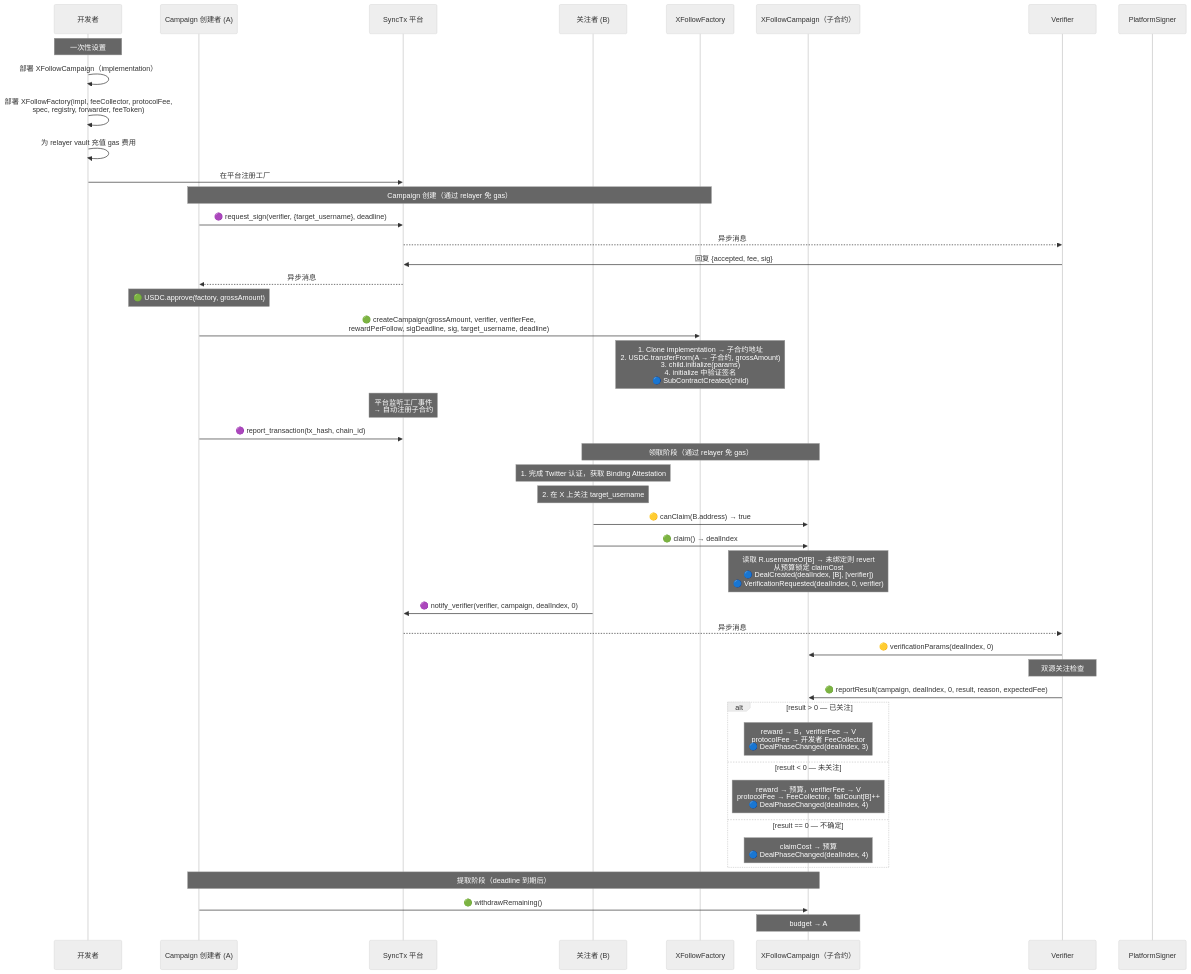
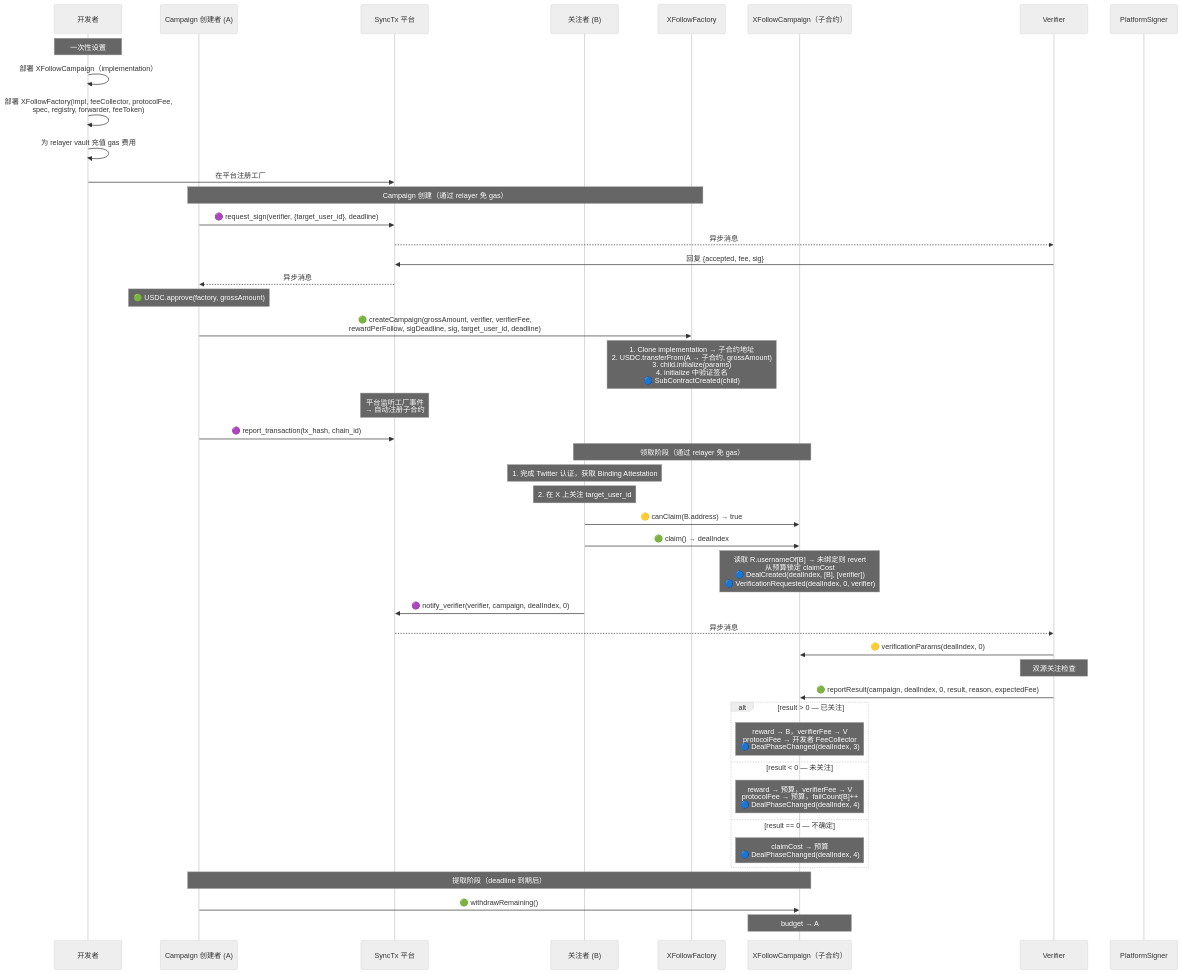
The first of 2 diagrams in examples/x-follow/x-follow-design-zh.md (synctxai/synctx), drawn with Mermaid (neutral theme) before and after one commit. The commit also changed other lines of this file and 5 other files, not shown here.

First line of the commit message:
feat: split XFollowDealContract into Factory + Campaign (EIP-1167 clone)

````diff
--- a/examples/x-follow/x-follow-design-zh.md
+++ b/examples/x-follow/x-follow-design-zh.md
@@ -218,58 +220,58 @@
 ```mermaid
 sequenceDiagram
     participant Dev as 开发者
     participant A as Campaign 创建者 (A)
     participant P as SyncTx 平台
     participant B as 关注者 (B)
     participant Fac as XFollowFactory
     participant C as XFollowCampaign（子合约）
     participant V as Verifier
     participant PS as PlatformSigner
 
     Note over Dev: 一次性设置
     Dev->>Dev: 部署 XFollowCampaign（implementation）
     Dev->>Dev: 部署 XFollowFactory(impl, feeCollector, protocolFee,<br/>spec, registry, forwarder, feeToken)
     Dev->>Dev: 为 relayer vault 充值 gas 费用
     Dev->>P: 在平台注册工厂
 
     Note over A,Fac: Campaign 创建（通过 relayer 免 gas）
 
-    A->>P: 🟣 request_sign(verifier, {target_username}, deadline)
+    A->>P: 🟣 request_sign(verifier, {target_user_id}, deadline)
     P-->>V: 异步消息
     V->>P: 回复 {accepted, fee, sig}
     P-->>A: 异步消息
 
     Note over A: 🟢 USDC.approve(factory, grossAmount)
-    A->>Fac: 🟢 createCampaign(grossAmount, verifier, verifierFee,<br/>rewardPerFollow, sigDeadline, sig, target_username, deadline)
+    A->>Fac: 🟢 createCampaign(grossAmount, verifier, verifierFee,<br/>rewardPerFollow, sigDeadline, sig, target_user_id, deadline)
     Note over Fac: 1. Clone implementation → 子合约地址<br/>2. USDC.transferFrom(A → 子合约, grossAmount)<br/>3. child.initialize(params)<br/>4. initialize 中验证签名<br/>🔵 SubContractCreated(child)
     Note over P: 平台监听工厂事件<br/>→ 自动注册子合约
     A->>P: 🟣 report_transaction(tx_hash, chain_id)
 
     Note over B,C: 领取阶段（通过 relayer 免 gas）
 
     Note over B: 1. 完成 Twitter 认证，获取 Binding Attestation
-    Note over B: 2. 在 X 上关注 target_username
+    Note over B: 2. 在 X 上关注 target_user_id
     B->>C: 🟡 canClaim(B.address) → true
     B->>C: 🟢 claim() → dealIndex
     Note over C: 读取 R.usernameOf[B] → 未绑定则 revert<br/>从预算锁定 claimCost<br/>🔵 DealCreated(dealIndex, [B], [verifier])<br/>🔵 VerificationRequested(dealIndex, 0, verifier)
     B->>P: 🟣 notify_verifier(verifier, campaign, dealIndex, 0)
     P-->>V: 异步消息
 
     V->>C: 🟡 verificationParams(dealIndex, 0)
     Note over V: 双源关注检查
 
     V->>C: 🟢 reportResult(campaign, dealIndex, 0, result, reason, expectedFee)
 
     alt result > 0 — 已关注
         Note over C: reward → B，verifierFee → V<br/>protocolFee → 开发者 FeeCollector<br/>🔵 DealPhaseChanged(dealIndex, 3)
     else result < 0 — 未关注
-        Note over C: reward → 预算，verifierFee → V<br/>protocolFee → FeeCollector，failCount[B]++<br/>🔵 DealPhaseChanged(dealIndex, 4)
+        Note over C: reward → 预算，verifierFee → V<br/>protocolFee → 预算，failCount[B]++<br/>🔵 DealPhaseChanged(dealIndex, 4)
     else result == 0 — 不确定
         Note over C: claimCost → 预算<br/>🔵 DealPhaseChanged(dealIndex, 4)
     end
 
     Note over A,C: 提取阶段（deadline 到期后）
 
     A->>C: 🟢 withdrawRemaining()
     Note over C: budget → A
 ```
````
